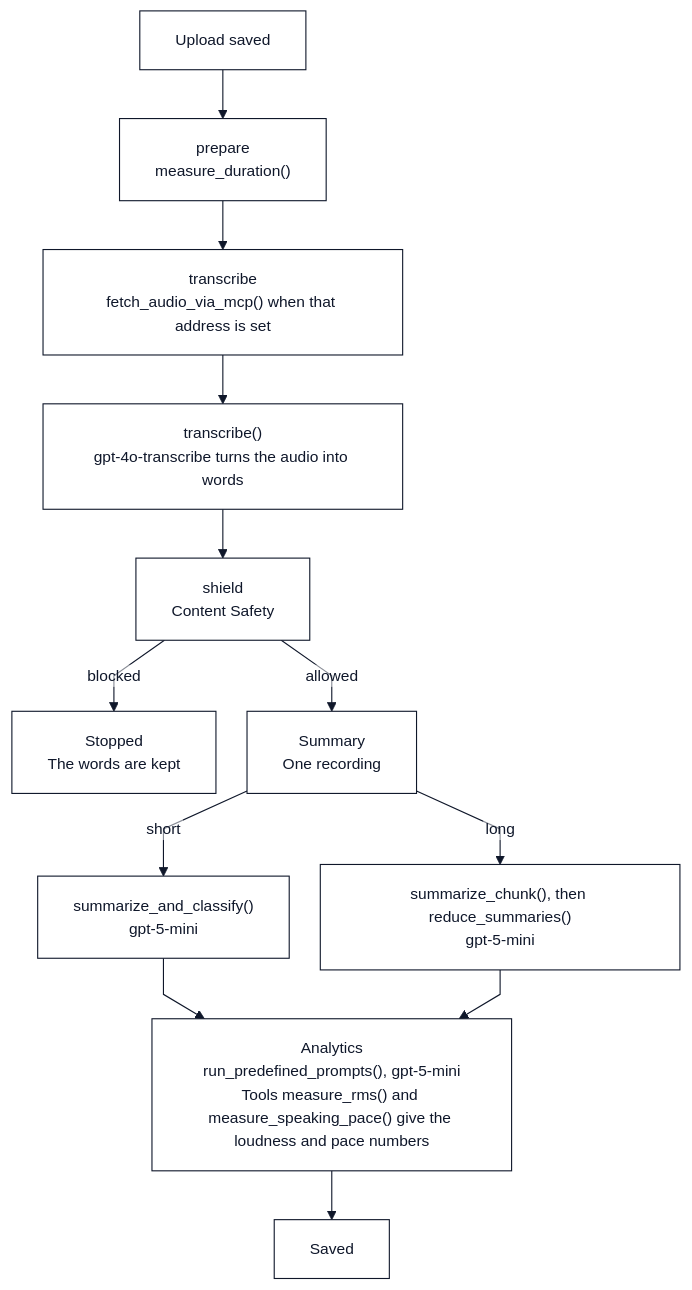
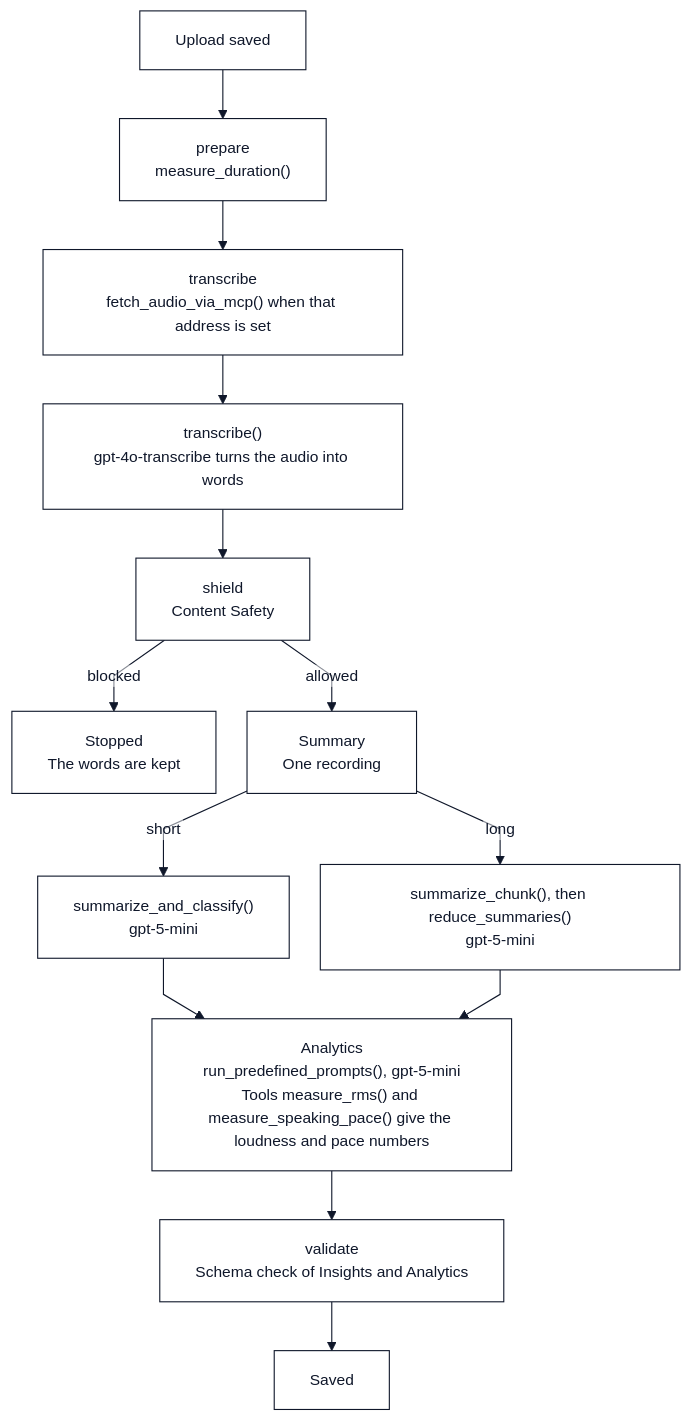
Before and after one commit to highprincezero/wn-voice-analytics: the third of 5 diagrams in docs/architecture.md, drawn with Mermaid. The commit also changed other lines of this file and 12 other files, not shown here.

````diff
--- a/docs/architecture.md
+++ b/docs/architecture.md
@@ -205,25 +209,27 @@
 ```mermaid
 %%{init: {"theme": "base", "themeVariables": {"fontFamily": "monospace", "fontSize": "14px", "primaryColor": "#ffffff", "primaryTextColor": "#0f172a", "primaryBorderColor": "#0f172a", "lineColor": "#0f172a", "background": "#ffffff"}, "flowchart": {"curve": "linear", "padding": 16, "nodeSpacing": 28, "rankSpacing": 44, "htmlLabels": false, "wrappingWidth": 260, "useMaxWidth": false}}}%%
 flowchart TD
   START["Upload saved"] --> prepare["prepare
 measure_duration()"]
   prepare --> transcribe["transcribe
 fetch_audio_via_mcp() when that address is set"]
   transcribe --> speech["transcribe()
 gpt-4o-transcribe turns the audio into words"]
   speech --> shield["shield
 Content Safety"]
   shield -->|blocked| stopped["Stopped
 The words are kept"]
   shield -->|allowed| insights["Summary
 One recording"]
   insights -->|short| shorty["summarize_and_classify()
 gpt-5-mini"]
   insights -->|long| longy["summarize_chunk(), then reduce_summaries()
 gpt-5-mini"]
   shorty --> analytics["Analytics
 run_predefined_prompts(), gpt-5-mini
 Tools measure_rms() and measure_speaking_pace() give the loudness and pace numbers"]
   longy --> analytics
-  analytics --> saved["Saved"]
+  analytics --> validate["validate
+Schema check of Insights and Analytics"]
+  validate --> saved["Saved"]
 ```
````
